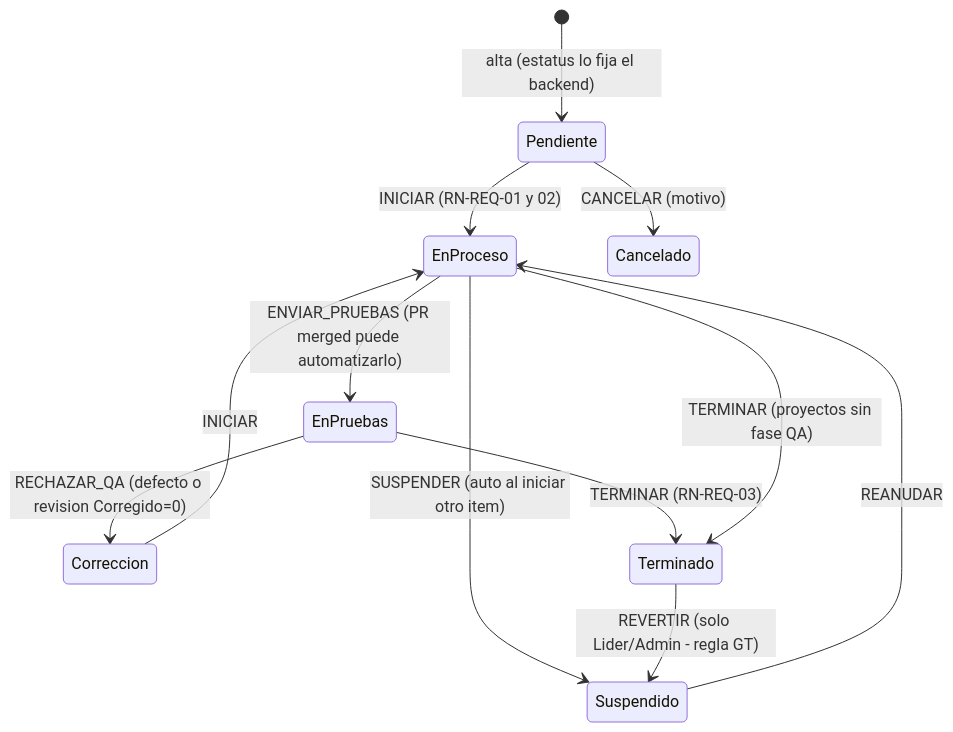
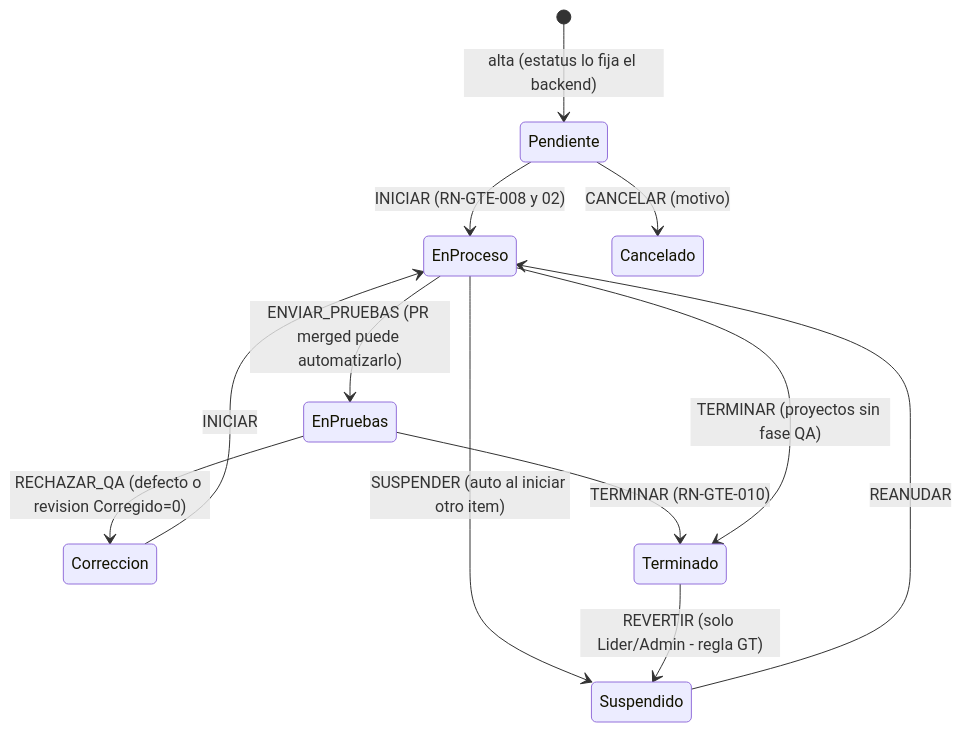
One commit to Ocegueda23/GP-GTE changed diagram 14 of 16 in Doctos/GTE-DocumentoMaestro.md. Above: the diagram before and after it, drawn with Mermaid. The commit also changed other lines of this file and 81 other files, not shown here.

````diff
--- a/Doctos/GTE-DocumentoMaestro.md
+++ b/Doctos/GTE-DocumentoMaestro.md
@@ -1267,14 +1267,14 @@
 ```mermaid
 stateDiagram-v2
     [*] --> Pendiente : alta (estatus lo fija el backend)
-    Pendiente --> EnProceso : INICIAR (RN-REQ-01 y 02)
+    Pendiente --> EnProceso : INICIAR (RN-GTE-008 y 02)
     EnProceso --> Suspendido : SUSPENDER (auto al iniciar otro item)
     Suspendido --> EnProceso : REANUDAR
     EnProceso --> EnPruebas : ENVIAR_PRUEBAS (PR merged puede automatizarlo)
     EnPruebas --> Correccion : RECHAZAR_QA (defecto o revision Corregido=0)
     Correccion --> EnProceso : INICIAR
-    EnPruebas --> Terminado : TERMINAR (RN-REQ-03)
+    EnPruebas --> Terminado : TERMINAR (RN-GTE-010)
     EnProceso --> Terminado : TERMINAR (proyectos sin fase QA)
     Terminado --> Suspendido : REVERTIR (solo Lider/Admin - regla GT)
     Pendiente --> Cancelado : CANCELAR (motivo)
 ```
````
